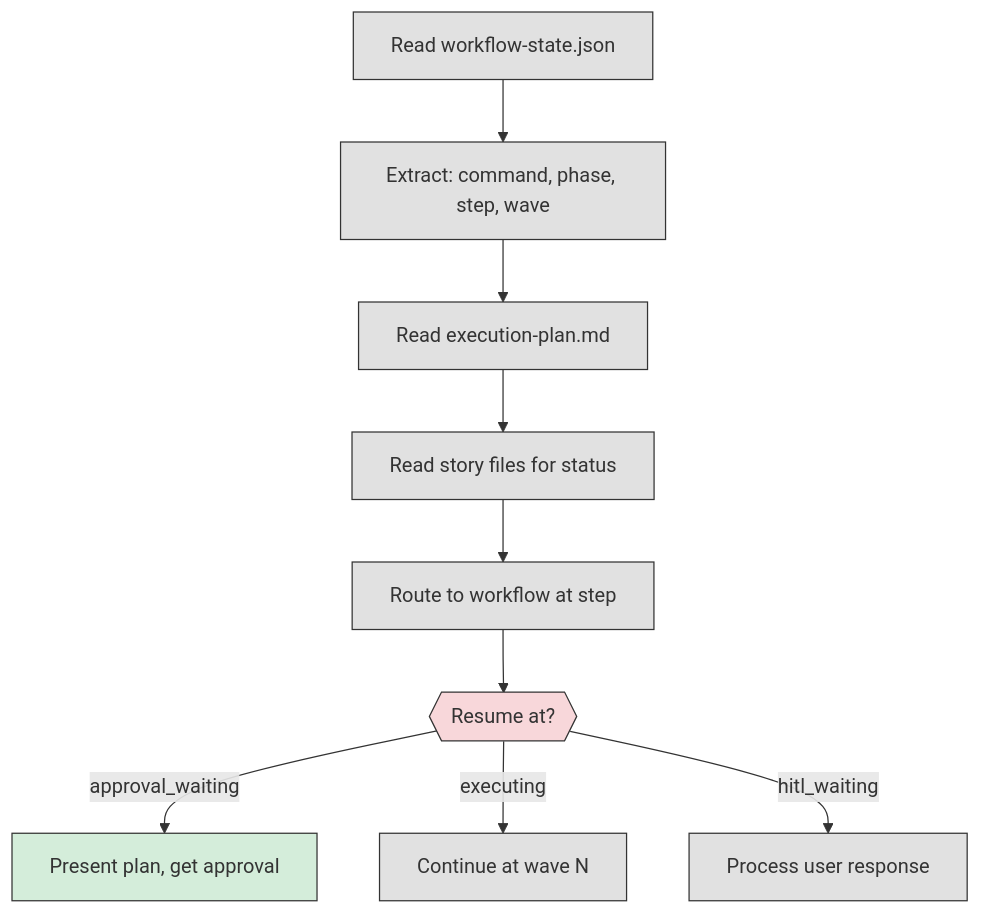
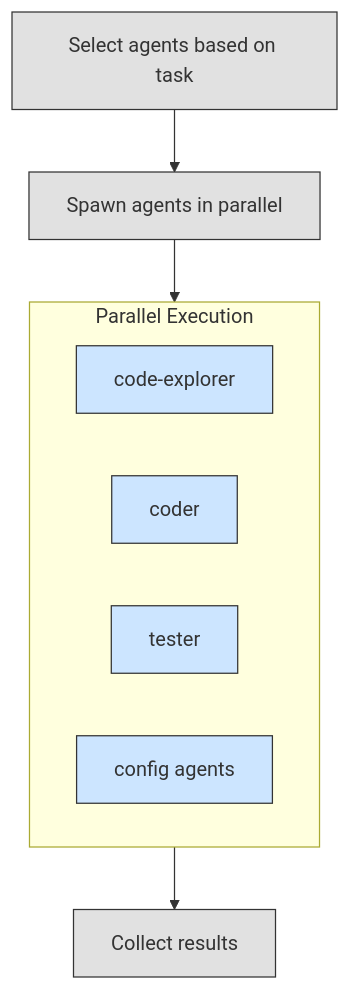
The third of 3 diagrams in docs/architecture/ms-command-target-state.md (metasaver/metasaver-marketplace), drawn with Mermaid before and after one commit. The commit also changed other lines of this file and 6 other files, not shown here.

Commit message:
feat: Refactor scope-check-agent documentation for clarity and structure; enhance ms command workflow with HITL approval; introduce standardized documentation templates for PRD, execution plans, and user stories.

````diff
--- a/docs/architecture/ms-command-target-state.md
+++ b/docs/architecture/ms-command-target-state.md
@@ -123,18 +133,19 @@
 ```mermaid
 flowchart TB
-    R1["Read workflow-state.json"]:::step
-    R2["Extract: command, phase, step, wave"]:::step
-    R3["Read execution-plan.md"]:::step
-    R4["Read story files for status"]:::step
-    R5["Route to workflow at step"]:::step
-    R1 --> R2 --> R3 --> R4 --> R5
+    E1["Select agents based on task"]:::step
+    E2["Spawn agents in parallel"]:::step
 
-    R5 --> ROUTE{{"Resume at?"}}:::decision
-    ROUTE -->|"approval_waiting"| APP["Present plan, get approval"]:::hitl
-    ROUTE -->|"executing"| EXEC["Continue at wave N"]:::step
-    ROUTE -->|"hitl_waiting"| INPUT["Process user response"]:::step
+    subgraph AGENTS["Parallel Execution"]
+        A1["code-explorer"]:::agent
+        A2["coder"]:::agent
+        A3["tester"]:::agent
+        A4["config agents"]:::agent
+    end
+
+    E3["Collect results"]:::step
+
+    E1 --> E2 --> AGENTS --> E3
 
     classDef step fill:#e1e1e1,stroke:#333
-    classDef hitl fill:#d4edda,stroke:#333
-    classDef decision fill:#f8d7da,stroke:#333
+    classDef agent fill:#cce5ff,stroke:#333
 ```
````
